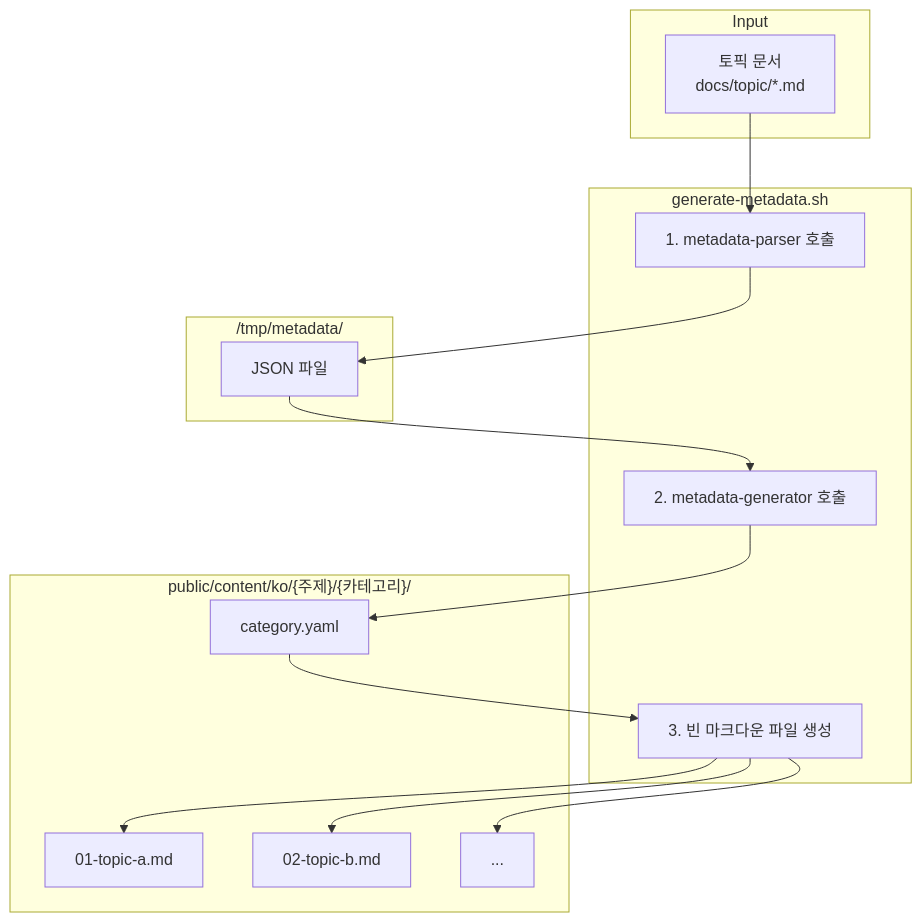
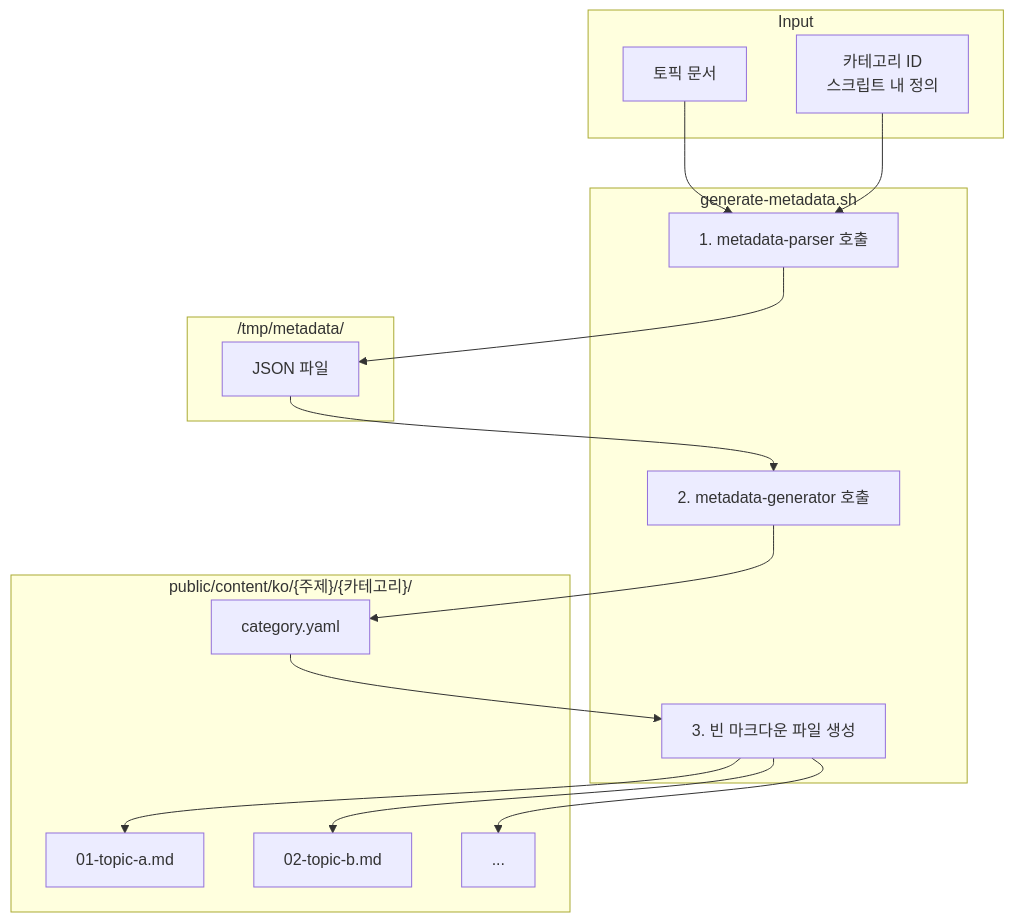
The diagram in _posts/2025-12-16-ai-agent-pipeline-2-what-to-generate.md (Seungwoo321/seungwoo321.github.io), drawn with Mermaid before and after one commit. The commit also changed other lines of this file and 2 other files, not shown here.

Commit message:
fix: AI 에이전트 파이프라인 시리즈 1-3편 수정
- 1편: 제목 수정, 목표 구조 명확화, -p 옵션 언급 추가
- 2편: 1편 연결 수정, 다이어그램 Input에 카테고리 ID 추가
- 3편: Lost in the Middle, Context Degradation 인용 추가

🤖 Generated with [Claude Code](https://claude.com/claude-code)

````diff
--- a/_posts/2025-12-16-ai-agent-pipeline-2-what-to-generate.md
+++ b/_posts/2025-12-16-ai-agent-pipeline-2-what-to-generate.md
@@ -101,32 +102,34 @@
 ```mermaid
 flowchart TB
     subgraph Input
-        A[토픽 문서<br/>docs/topic/*.md]
+        A[토픽 문서]
+        B[카테고리 ID<br/>스크립트 내 정의]
     end
 
     subgraph Shell["generate-metadata.sh"]
-        B[1. metadata-parser 호출]
-        C[2. metadata-generator 호출]
-        D[3. 빈 마크다운 파일 생성]
+        C[1. metadata-parser 호출]
+        D[2. metadata-generator 호출]
+        E[3. 빈 마크다운 파일 생성]
     end
 
     subgraph Temp["/tmp/metadata/"]
         JSON[JSON 파일]
     end
 
     subgraph Output["public/content/ko/{주제}/{카테고리}/"]
-        E[category.yaml]
-        F[01-topic-a.md]
-        G[02-topic-b.md]
-        H[...]
+        YAML[category.yaml]
+        MD1[01-topic-a.md]
+        MD2[02-topic-b.md]
+        MD3[...]
     end
 
-    A --> B
-    B --> JSON
-    JSON --> C
-    C --> E
-    E --> D
-    D --> F
-    D --> G
-    D --> H
+    A --> C
+    B --> C
+    C --> JSON
+    JSON --> D
+    D --> YAML
+    YAML --> E
+    E --> MD1
+    E --> MD2
+    E --> MD3
 ```
````
